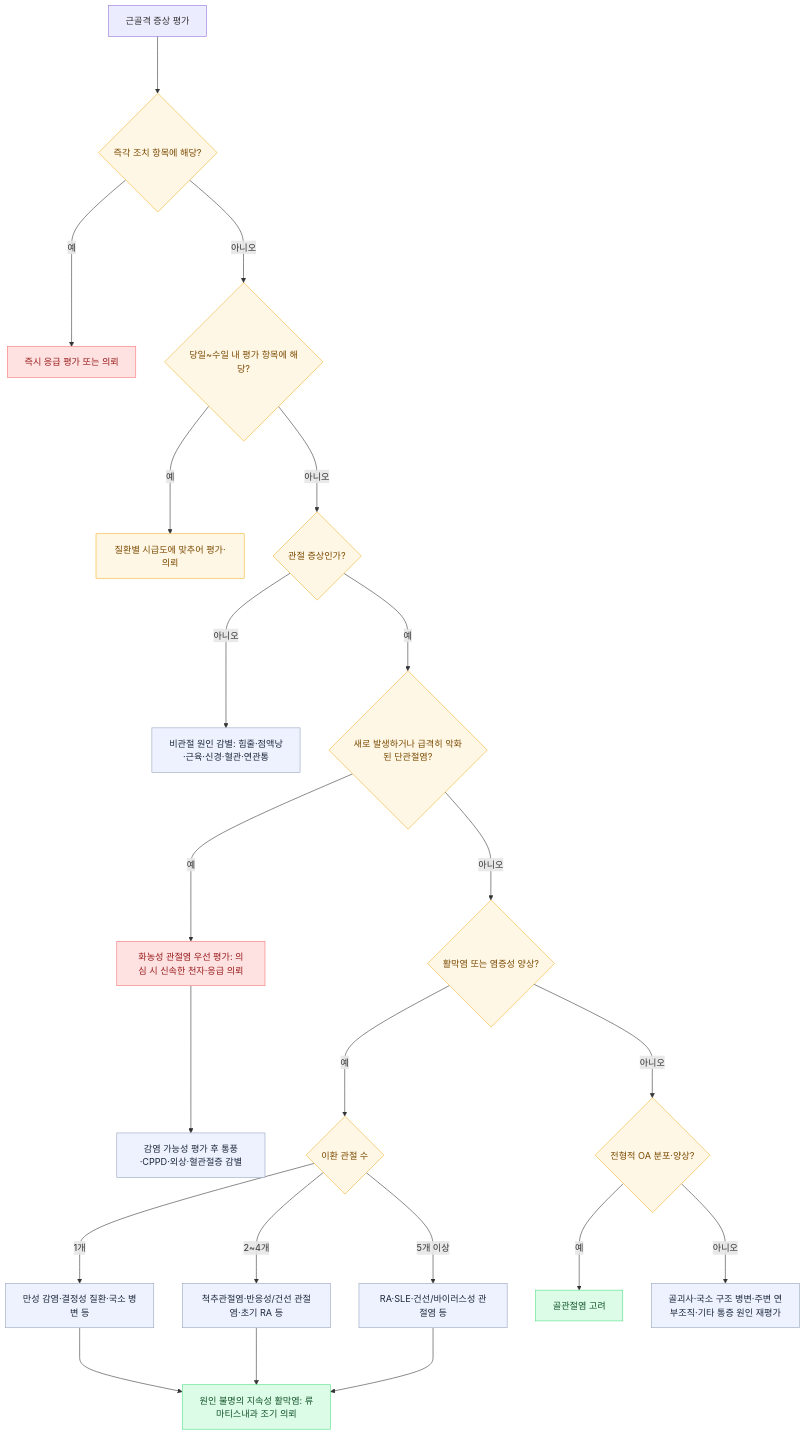
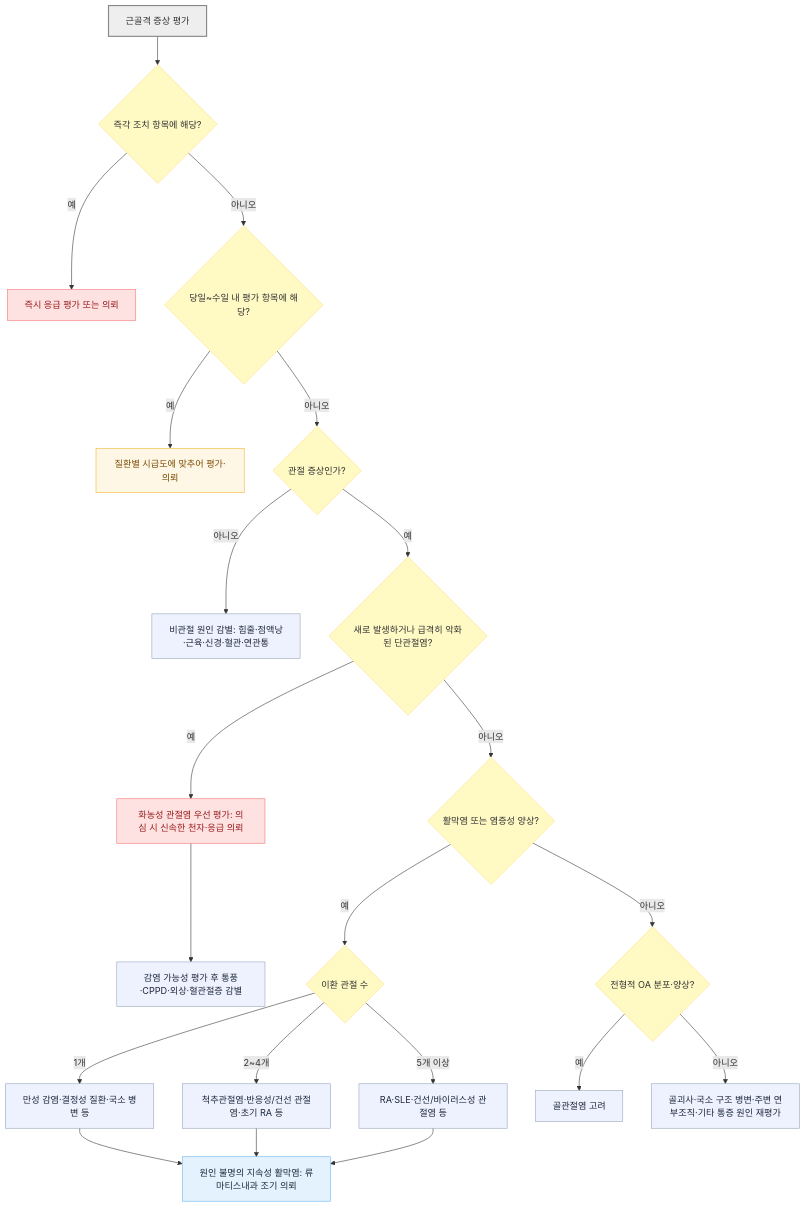
The diagram in 228_/134_-msdz.md (familyoh77/familyoh77), drawn with Mermaid before and after one commit. The commit also changed other lines of this file and 4 other files, not shown here.

````diff
--- a/228_/134_-msdz.md
+++ b/228_/134_-msdz.md
@@ -155,37 +155,39 @@
 ```mermaid
 flowchart TD
-    S["근골격 증상 평가"] ---> R{"즉각 조치 항목에 해당?"}
-    R -- "예" ---> RE["즉시 응급 평가 또는 의뢰"]
-    R -- "아니오" ---> U{"당일~수일 내 평가 항목에 해당?"}
-    U -- "예" ---> UE["질환별 시급도에 맞추어 평가·의뢰"]
-    U -- "아니오" ---> Q1{"관절 증상인가?"}
+    S["근골격 증상 평가"] --> R{"즉각 조치 항목에 해당?"}
+    R -- "예" --> RE["즉시 응급 평가 또는 의뢰"]
+    R -- "아니오" --> U{"당일~수일 내 평가 항목에 해당?"}
+    U -- "예" --> UE["질환별 시급도에 맞추어 평가·의뢰"]
+    U -- "아니오" --> Q1{"관절 증상인가?"}
 
-    Q1 -- "아니오" ---> NA["비관절 원인 감별: 힘줄·점액낭·근육·신경·혈관·연관통"]
-    Q1 -- "예" ---> Q2{"새로 발생하거나 급격히 악화된 단관절염?"}
-    Q2 -- "예" ---> SA["화농성 관절염 우선 평가: 의심 시 신속한 천자·응급 의뢰"]
-    SA ---> AC["감염 가능성 평가 후 통풍·CPPD·외상·혈관절증 감별"]
-    Q2 -- "아니오" ---> Q3{"활막염 또는 염증성 양상?"}
+    Q1 -- "아니오" --> NA["비관절 원인 감별: 힘줄·점액낭·근육·신경·혈관·연관통"]
+    Q1 -- "예" --> Q2{"새로 발생하거나 급격히 악화된 단관절염?"}
+    Q2 -- "예" --> SA["화농성 관절염 우선 평가: 의심 시 신속한 천자·응급 의뢰"]
+    SA --> AC["감염 가능성 평가 후 통풍·CPPD·외상·혈관절증 감별"]
+    Q2 -- "아니오" --> Q3{"활막염 또는 염증성 양상?"}
 
-    Q3 -- "예" ---> Q4{"이환 관절 수"}
-    Q4 -- "1개" ---> MONO["만성 감염·결정성 질환·국소 병변 등"]
-    Q4 -- "2~4개" ---> OLIGO["척추관절염·반응성/건선 관절염·초기 RA 등"]
-    Q4 -- "5개 이상" ---> POLY["RA·SLE·건선/바이러스성 관절염 등"]
-    MONO ---> RF["원인 불명의 지속성 활막염: 류마티스내과 조기 의뢰"]
-    OLIGO ---> RF
-    POLY ---> RF
+    Q3 -- "예" --> Q4{"이환 관절 수"}
+    Q4 -- "1개" --> MONO["만성 감염·결정성 질환·국소 병변 등"]
+    Q4 -- "2~4개" --> OLIGO["척추관절염·반응성/건선 관절염·초기 RA 등"]
+    Q4 -- "5개 이상" --> POLY["RA·SLE·건선/바이러스성 관절염 등"]
+    MONO --> RF["원인 불명의 지속성 활막염: 류마티스내과 조기 의뢰"]
+    OLIGO --> RF
+    POLY --> RF
 
-    Q3 -- "아니오" ---> Q5{"전형적 OA 분포·양상?"}
-    Q5 -- "예" ---> OA2["골관절염 고려"]
-    Q5 -- "아니오" ---> NOA["골괴사·국소 구조 병변·주변 연부조직·기타 통증 원인 재평가"]
+    Q3 -- "아니오" --> Q5{"전형적 OA 분포·양상?"}
+    Q5 -- "예" --> OA2["골관절염 고려"]
+    Q5 -- "아니오" --> NOA["골괴사·국소 구조 병변·주변 연부조직·기타 통증 원인 재평가"]
 
-    classDef q fill:#FFF7E6,stroke:#F0B429,stroke-width:1px,color:#7A4A00;
+    classDef q fill:#fff9c4,stroke:#ffe082,stroke-width:1px,color:#333333;
     classDef box fill:#EEF2FF,stroke:#94A3B8,stroke-width:1px,color:#1E293B;
     classDef danger fill:#FEE2E2,stroke:#F87171,stroke-width:1px,color:#991B1B;
     classDef warning fill:#FFF7E6,stroke:#F0B429,stroke-width:1px,color:#7A4A00;
-    classDef good fill:#DCFCE7,stroke:#4ADE80,stroke-width:1px,color:#14532B;
+    classDef treatment fill:#e3f2fd,stroke:#64b5f6,stroke-width:1px,color:#1E293B;
     class R,U,Q1,Q2,Q3,Q4,Q5 q;
     class NA,AC,MONO,OLIGO,POLY,NOA box;
     class RE,SA danger;
     class UE warning;
-    class OA2,RF good;
+    class OA2 box;
+    class RF treatment;
+    style S fill:#eeeeee,stroke:#888888,stroke-width:2px;
 ```
````
